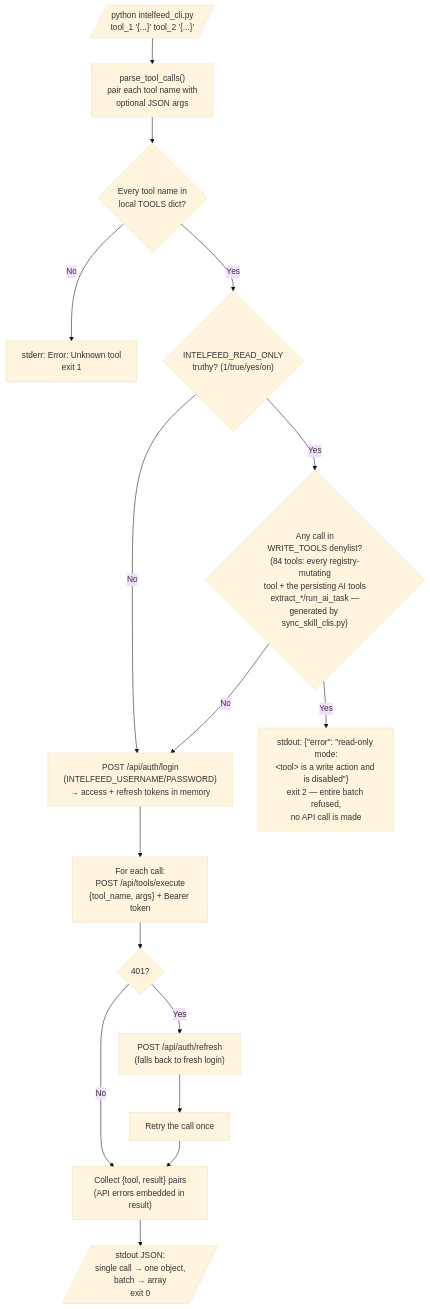
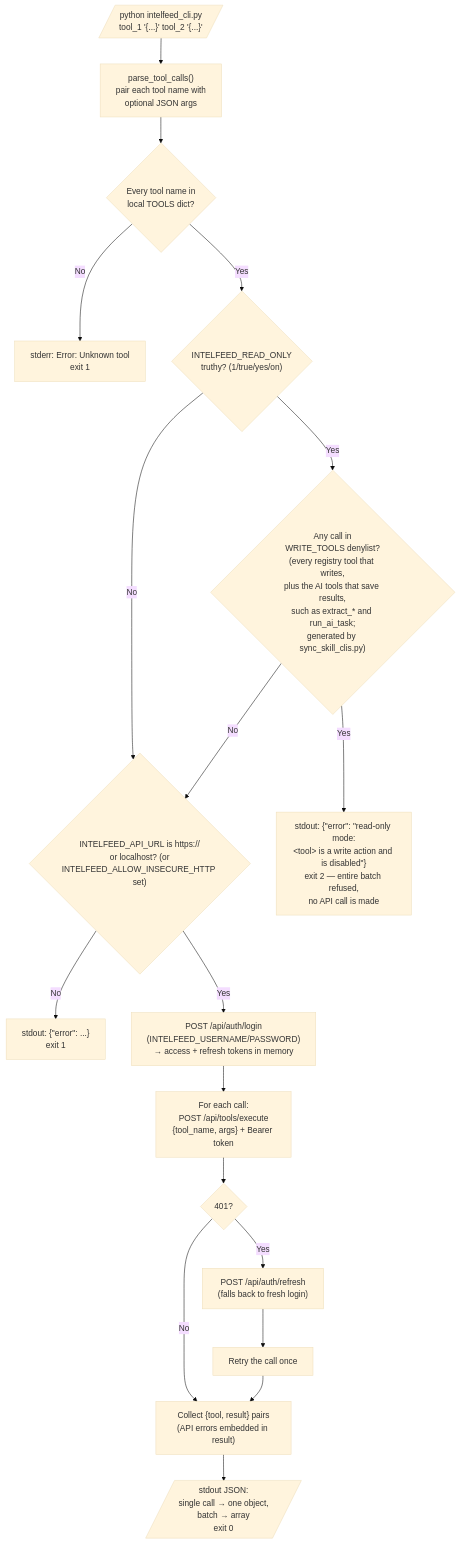
The diagram in docs/diagrams/cli-readonly-gating.md (a-oneil/IntelFeed), drawn with Mermaid (base theme) before and after one commit. The commit also changed other lines of this file and 101 other files, not shown here.

````diff
--- a/docs/diagrams/cli-readonly-gating.md
+++ b/docs/diagrams/cli-readonly-gating.md
@@ -5,20 +5,22 @@
 ```mermaid
 flowchart TD
     START[/"python intelfeed_cli.py<br/>tool_1 '{...}' tool_2 '{...}'"/] --> PARSE["parse_tool_calls()<br/>pair each tool name with<br/>optional JSON args"]
     PARSE --> KNOWN{"Every tool name in<br/>local TOOLS dict?"}
     KNOWN -- "No" --> ERR_UNKNOWN["stderr: Error: Unknown tool<br/>exit 1"]
     KNOWN -- "Yes" --> RO{"INTELFEED_READ_ONLY<br/>truthy? (1/true/yes/on)"}
 
-    RO -- "No" --> LOGIN
-    RO -- "Yes" --> DENY{"Any call in<br/>WRITE_TOOLS denylist?<br/>(84 tools: every registry-mutating<br/>tool + the persisting AI tools<br/>extract_*/run_ai_task —<br/>generated by sync_skill_clis.py)"}
+    RO -- "No" --> URL
+    RO -- "Yes" --> DENY{"Any call in<br/>WRITE_TOOLS denylist?<br/>(every registry tool that writes,<br/>plus the AI tools that save results,<br/>such as extract_* and run_ai_task;<br/>generated by sync_skill_clis.py)"}
     DENY -- "Yes" --> ERR_RO["stdout: {&quot;error&quot;: &quot;read-only mode:<br/>&lt;tool&gt; is a write action and is disabled&quot;}<br/>exit 2 — entire batch refused,<br/>no API call is made"]
-    DENY -- "No" --> LOGIN["POST /api/auth/login<br/>(INTELFEED_USERNAME/PASSWORD)<br/>→ access + refresh tokens in memory"]
+    DENY -- "No" --> URL{"INTELFEED_API_URL is https://<br/>or localhost? (or<br/>INTELFEED_ALLOW_INSECURE_HTTP set)"}
+    URL -- "No" --> ERR_URL["stdout: {&quot;error&quot;: ...}<br/>exit 1"]
+    URL -- "Yes" --> LOGIN["POST /api/auth/login<br/>(INTELFEED_USERNAME/PASSWORD)<br/>→ access + refresh tokens in memory"]
 
     LOGIN --> EXEC["For each call:<br/>POST /api/tools/execute<br/>{tool_name, args} + Bearer token"]
     EXEC --> S401{"401?"}
     S401 -- "Yes" --> REFRESH["POST /api/auth/refresh<br/>(falls back to fresh login)"]
     REFRESH --> RETRY["Retry the call once"]
     S401 -- "No" --> COLLECT
     RETRY --> COLLECT["Collect {tool, result} pairs<br/>(API errors embedded in result)"]
     COLLECT --> OUT[/"stdout JSON:<br/>single call → one object,<br/>batch → array<br/>exit 0"/]
 ```
````
